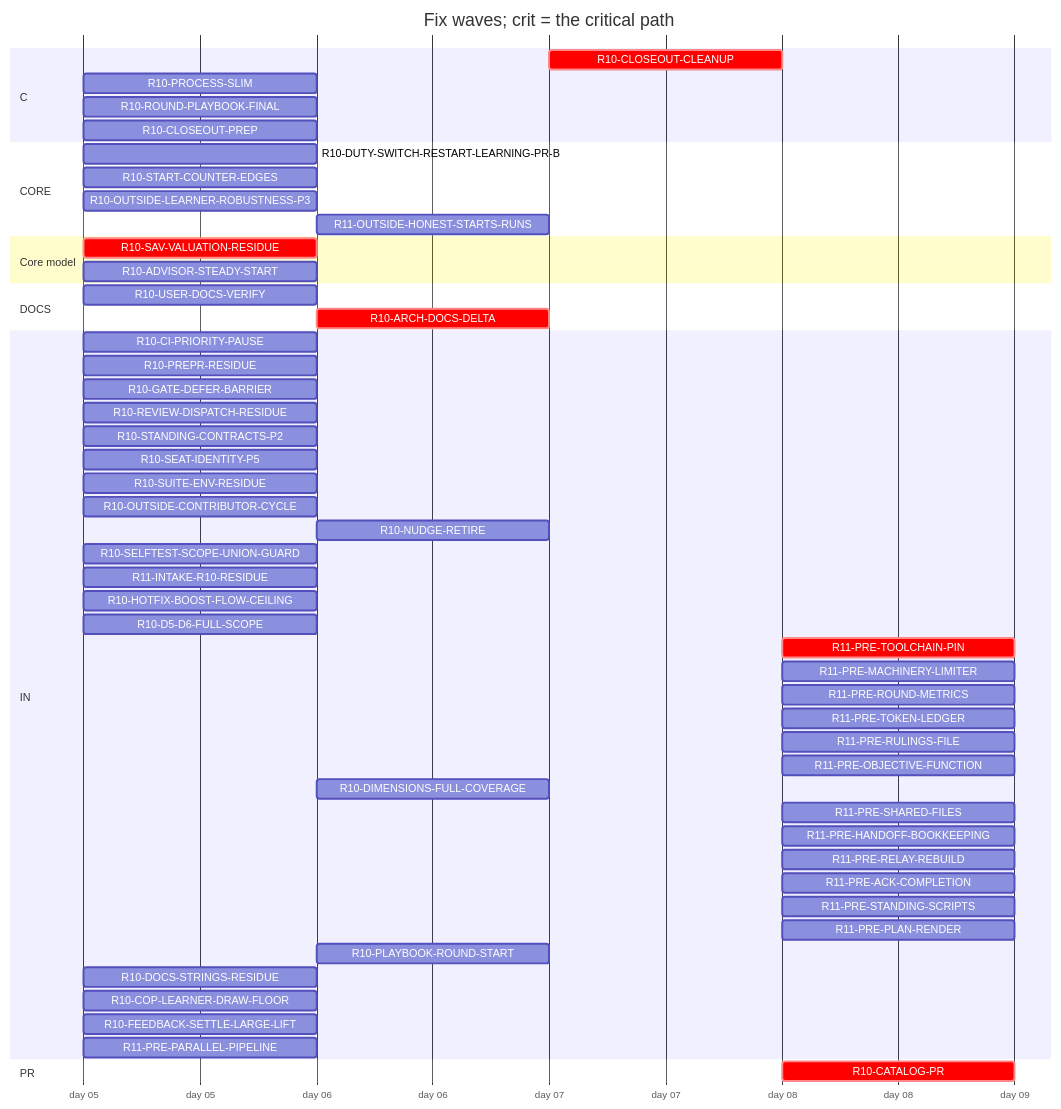
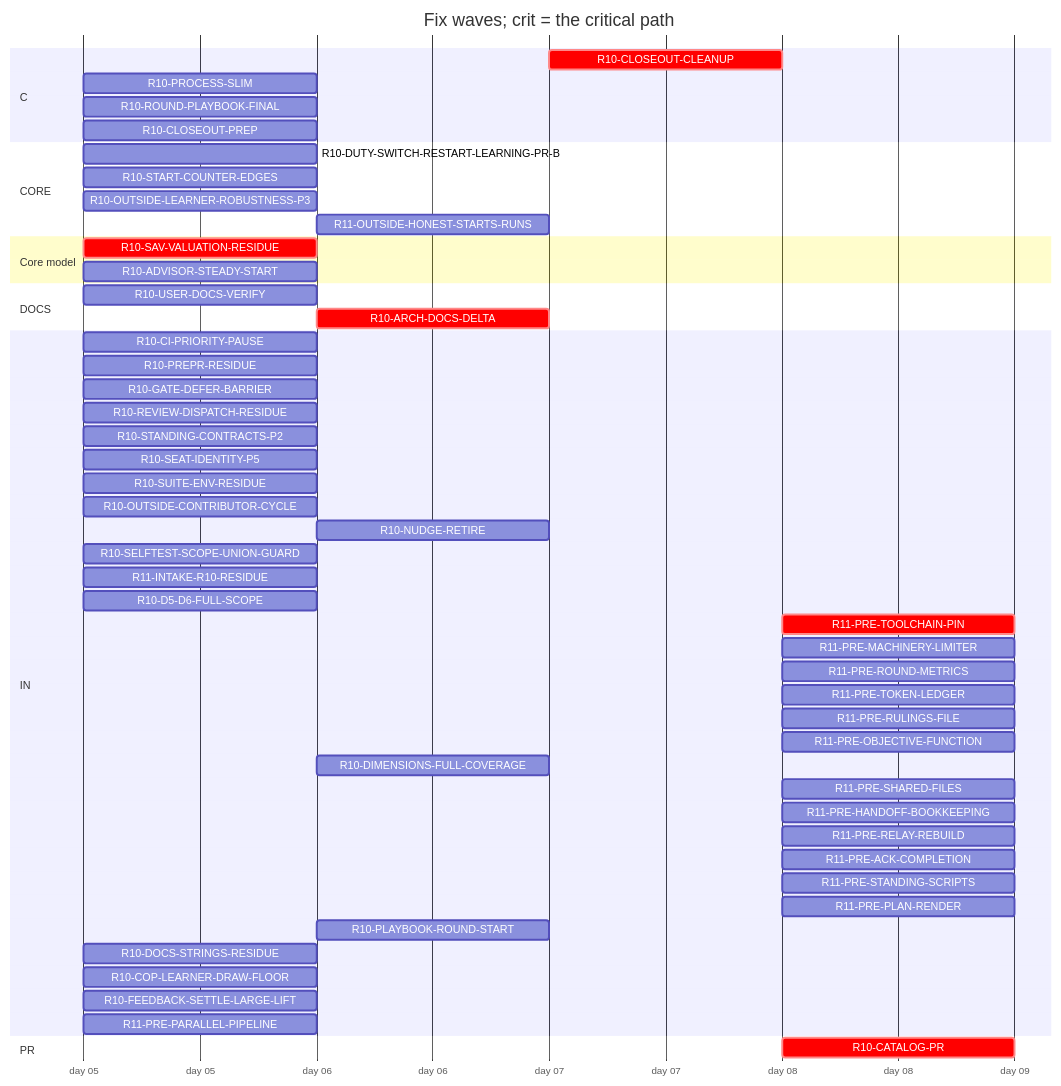
The diagram in handoff/round10/state/PLAN-TABLE.md (tvofi/heatpump_optimizer), drawn with Mermaid before and after one commit. The commit also changed other lines of this file and 3 other files, not shown here.

Commit message:
state: FLOW-BOARD.md, NEXT-SESSION-PROMPT.md, PLAN-TABLE.md, RESUME-CURRENT.md regenerated (state_docs.py)

````diff
--- a/handoff/round10/state/PLAN-TABLE.md
+++ b/handoff/round10/state/PLAN-TABLE.md
@@ -19,56 +19,55 @@
 ```mermaid
 gantt
   title Fix waves; crit = the critical path
   dateFormat YYYY-MM-DD
   axisFormat day %d
   section C
     R10-CLOSEOUT-CLEANUP :crit, r10CLOSEOUTCLEANUP, after r10USERDOCSVERIFY r10CLOSEOUTPREP r10ARCHDOCSDELTA, 1d
     R10-PROCESS-SLIM :r10PROCESSSLIM, 2026-01-05, 1d
     R10-ROUND-PLAYBOOK-FINAL :r10ROUNDPLAYBOOKFINAL, 2026-01-05, 1d
     R10-CLOSEOUT-PREP :r10CLOSEOUTPREP, 2026-01-05, 1d
   section CORE
     R10-DUTY-SWITCH-RESTART-LEARNING-PR-B :r10DUTYSWITCHRESTARTLEARNINGPRB, 2026-01-05, 1d
     R10-START-COUNTER-EDGES :r10STARTCOUNTEREDGES, 2026-01-05, 1d
     R10-OUTSIDE-LEARNER-ROBUSTNESS-P3 :r10OUTSIDELEARNERROBUSTNESSP3, 2026-01-05, 1d
     R11-OUTSIDE-HONEST-STARTS-RUNS :r11OUTSIDEHONESTSTARTSRUNS, after r10ADVISORSTEADYSTART, 1d
   section Core model
     R10-SAV-VALUATION-RESIDUE :crit, r10SAVVALUATIONRESIDUE, 2026-01-05, 1d
     R10-ADVISOR-STEADY-START :r10ADVISORSTEADYSTART, 2026-01-05, 1d
   section DOCS
     R10-USER-DOCS-VERIFY :r10USERDOCSVERIFY, 2026-01-05, 1d
     R10-ARCH-DOCS-DELTA :crit, r10ARCHDOCSDELTA, after r10SAVVALUATIONRESIDUE r10ADVISORSTEADYSTART, 1d
   section IN
     R10-CI-PRIORITY-PAUSE :r10CIPRIORITYPAUSE, 2026-01-05, 1d
     R10-PREPR-RESIDUE :r10PREPRRESIDUE, 2026-01-05, 1d
     R10-GATE-DEFER-BARRIER :r10GATEDEFERBARRIER, 2026-01-05, 1d
     R10-REVIEW-DISPATCH-RESIDUE :r10REVIEWDISPATCHRESIDUE, 2026-01-05, 1d
     R10-STANDING-CONTRACTS-P2 :r10STANDINGCONTRACTSP2, 2026-01-05, 1d
     R10-SEAT-IDENTITY-P5 :r10SEATIDENTITYP5, 2026-01-05, 1d
     R10-SUITE-ENV-RESIDUE :r10SUITEENVRESIDUE, 2026-01-05, 1d
     R10-OUTSIDE-CONTRIBUTOR-CYCLE :r10OUTSIDECONTRIBUTORCYCLE, 2026-01-05, 1d
     R10-NUDGE-RETIRE :r10NUDGERETIRE, after r10ROUNDPLAYBOOKFINAL, 1d
     R10-SELFTEST-SCOPE-UNION-GUARD :r10SELFTESTSCOPEUNIONGUARD, 2026-01-05, 1d
     R11-INTAKE-R10-RESIDUE :r11INTAKER10RESIDUE, 2026-01-05, 1d
-    R10-HOTFIX-BOOST-FLOW-CEILING :r10HOTFIXBOOSTFLOWCEILING, 2026-01-05, 1d
     R10-D5-D6-FULL-SCOPE :r10D5D6FULLSCOPE, 2026-01-05, 1d
     R11-PRE-TOOLCHAIN-PIN :crit, r11PRETOOLCHAINPIN, after r10CATALOGPR, 1d
     R11-PRE-MACHINERY-LIMITER :r11PREMACHINERYLIMITER, after r10CATALOGPR, 1d
     R11-PRE-ROUND-METRICS :r11PREROUNDMETRICS, after r10CATALOGPR, 1d
     R11-PRE-TOKEN-LEDGER :r11PRETOKENLEDGER, after r10CATALOGPR, 1d
     R11-PRE-RULINGS-FILE :r11PRERULINGSFILE, after r10CATALOGPR, 1d
     R11-PRE-OBJECTIVE-FUNCTION :r11PREOBJECTIVEFUNCTION, after r10CATALOGPR, 1d
     R10-DIMENSIONS-FULL-COVERAGE :r10DIMENSIONSFULLCOVERAGE, after r10D5D6FULLSCOPE, 1d
     R11-PRE-SHARED-FILES :r11PRESHAREDFILES, after r10CATALOGPR, 1d
     R11-PRE-HANDOFF-BOOKKEEPING :r11PREHANDOFFBOOKKEEPING, after r10CATALOGPR, 1d
     R11-PRE-RELAY-REBUILD :r11PRERELAYREBUILD, after r10CATALOGPR, 1d
     R11-PRE-ACK-COMPLETION :r11PREACKCOMPLETION, after r10CATALOGPR, 1d
     R11-PRE-STANDING-SCRIPTS :r11PRESTANDINGSCRIPTS, after r10CATALOGPR, 1d
     R11-PRE-PLAN-RENDER :r11PREPLANRENDER, after r10CATALOGPR, 1d
     R10-PLAYBOOK-ROUND-START :r10PLAYBOOKROUNDSTART, after r10ROUNDPLAYBOOKFINAL, 1d
     R10-DOCS-STRINGS-RESIDUE :r10DOCSSTRINGSRESIDUE, 2026-01-05, 1d
     R10-COP-LEARNER-DRAW-FLOOR :r10COPLEARNERDRAWFLOOR, 2026-01-05, 1d
     R10-FEEDBACK-SETTLE-LARGE-LIFT :r10FEEDBACKSETTLELARGELIFT, 2026-01-05, 1d
     R11-PRE-PARALLEL-PIPELINE :r11PREPARALLELPIPELINE, 2026-01-05, 1d
   section PR
     R10-CATALOG-PR :crit, r10CATALOGPR, after r10USERDOCSVERIFY r10CLOSEOUTCLEANUP r10CLOSEOUTPREP r10ARCHDOCSDELTA, 1d
 ```
````
